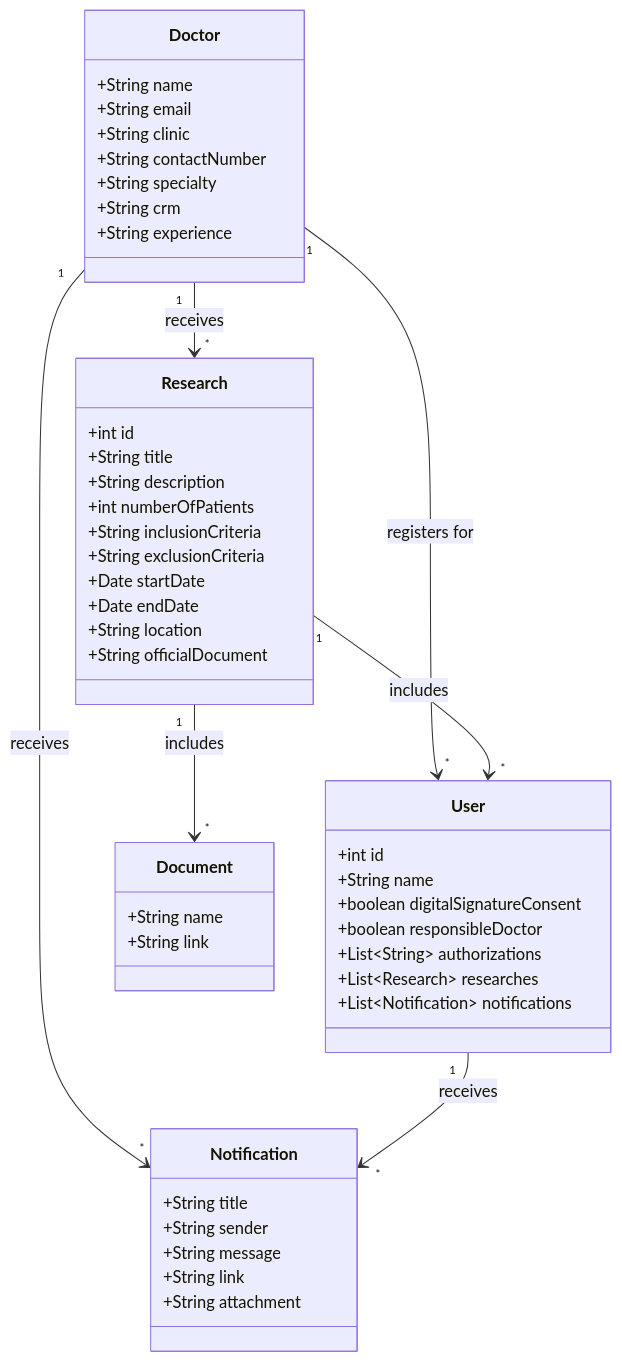
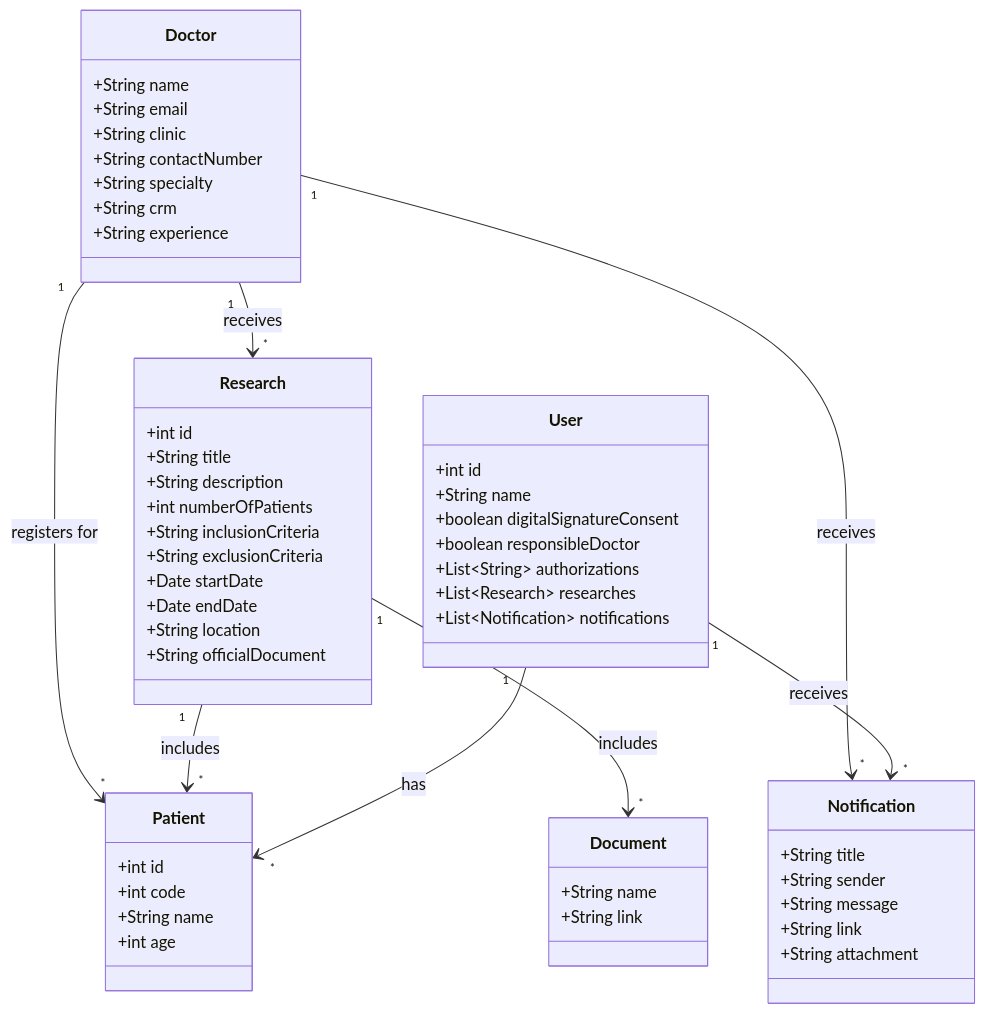
Before and after one commit to andrefilipe1310/inovamed-: the third of 17 diagrams in README.md, drawn with Mermaid.

````diff
--- a/README.md
+++ b/README.md
@@ -50,57 +50,66 @@
 ```mermaid
 classDiagram
     class Doctor {
         +String name
         +String email
         +String clinic
         +String contactNumber
         +String specialty
         +String crm
         +String experience
     }
 
     class User {
         +int id
         +String name
         +boolean digitalSignatureConsent
         +boolean responsibleDoctor
         +List~String~ authorizations
         +List~Research~ researches
         +List~Notification~ notifications
+    }
+
+    class Patient {
+        +int id
+        +int code
+        +String name
+        +int age
     }
 
     class Research {
         +int id
         +String title
         +String description
         +int numberOfPatients
         +String inclusionCriteria
         +String exclusionCriteria
         +Date startDate
         +Date endDate
         +String location
         +String officialDocument
     }
 
     class Document {
         +String name
         +String link
     }
 
     class Notification {
         +String title
         +String sender
         +String message
         +String link
         +String attachment
     }
 
     Doctor "1" --> "*" Research : receives
-    Doctor "1" --> "*" User : registers for
-    Research "1" --> "*" User : includes
+    Doctor "1" --> "*" Patient : registers for
+    Research "1" --> "*" Patient : includes
     Research "1" --> "*" Document : includes
     Doctor "1" --> "*" Notification : receives
     User "1" --> "*" Notification : receives
+    User "1" --> "*" Patient : has
+
 
 
 ```
````
